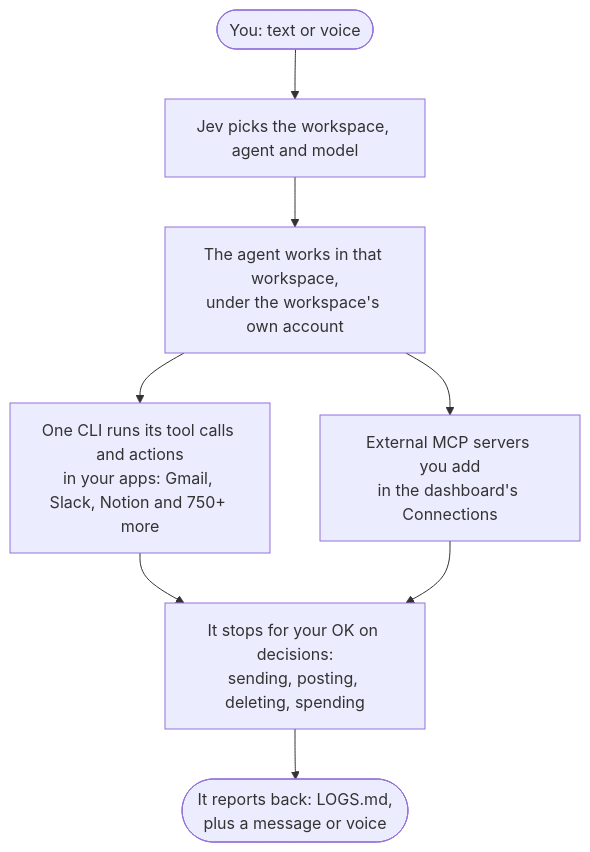
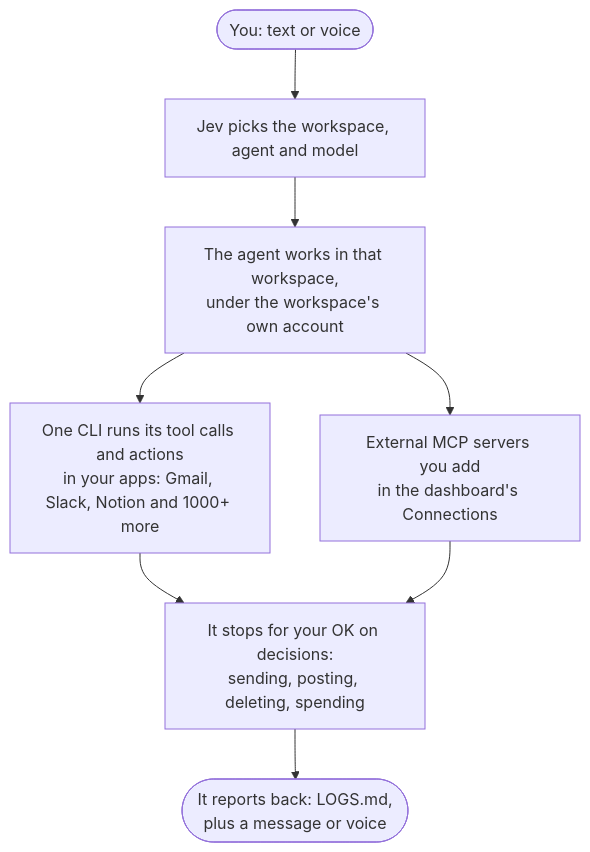
One commit to janmm97/orchy-ai changed the diagram in README.md. Above: the diagram before and after it, drawn with Mermaid. The commit also changed other lines of this file, not shown here.

Commit message:
README: How it works diagram says 1000+ apps

````diff
--- a/README.md
+++ b/README.md
@@ -121,10 +121,10 @@
 ```mermaid
 flowchart TD
     you(["You: text or voice"]) --> jev["Jev picks the workspace, agent and model"]
     jev --> agent["The agent works in that workspace,<br/>under the workspace's own account"]
-    agent --> one["One CLI runs its tool calls and actions<br/>in your apps: Gmail, Slack, Notion and 750+ more"]
+    agent --> one["One CLI runs its tool calls and actions<br/>in your apps: Gmail, Slack, Notion and 1000+ more"]
     agent --> mcp["External MCP servers you add<br/>in the dashboard's Connections"]
     one --> ok["It stops for your OK on decisions:<br/>sending, posting, deleting, spending"]
     mcp --> ok
     ok --> done(["It reports back: LOGS.md,<br/>plus a message or voice"])
 ```
````
